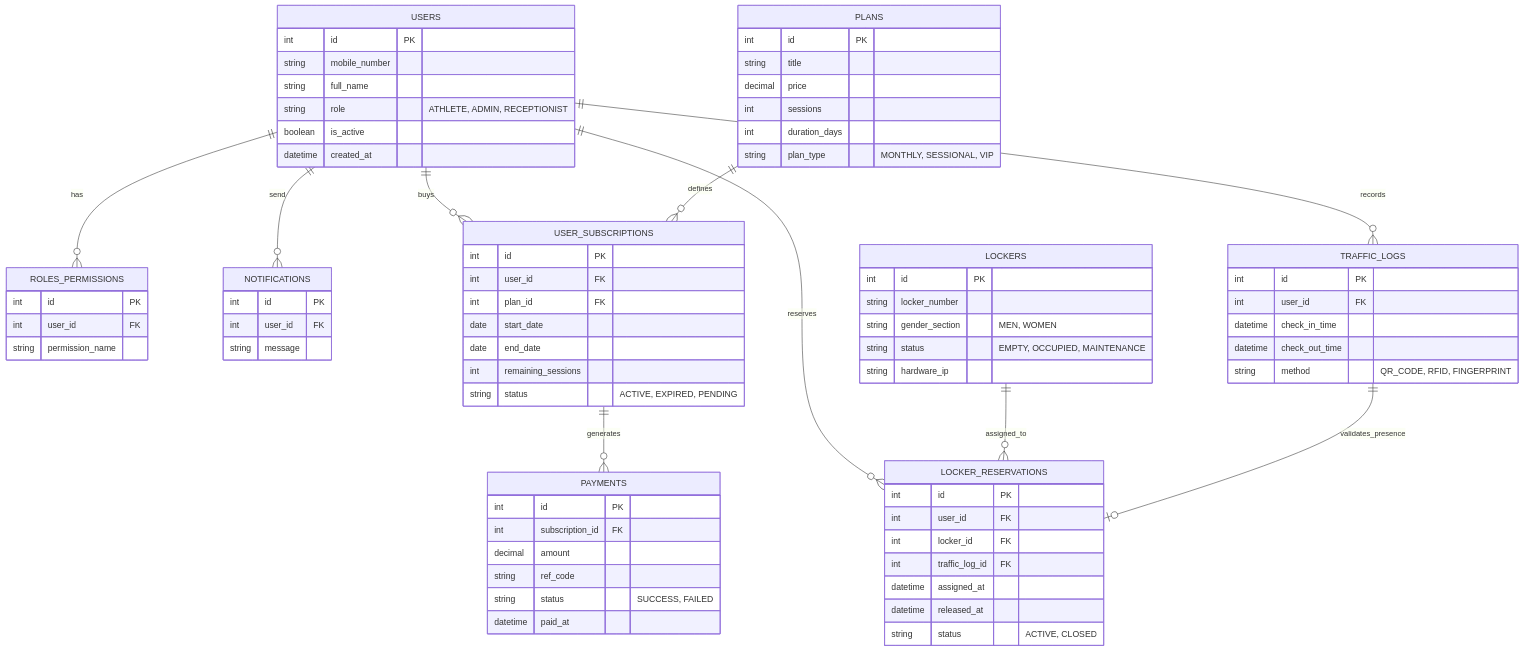
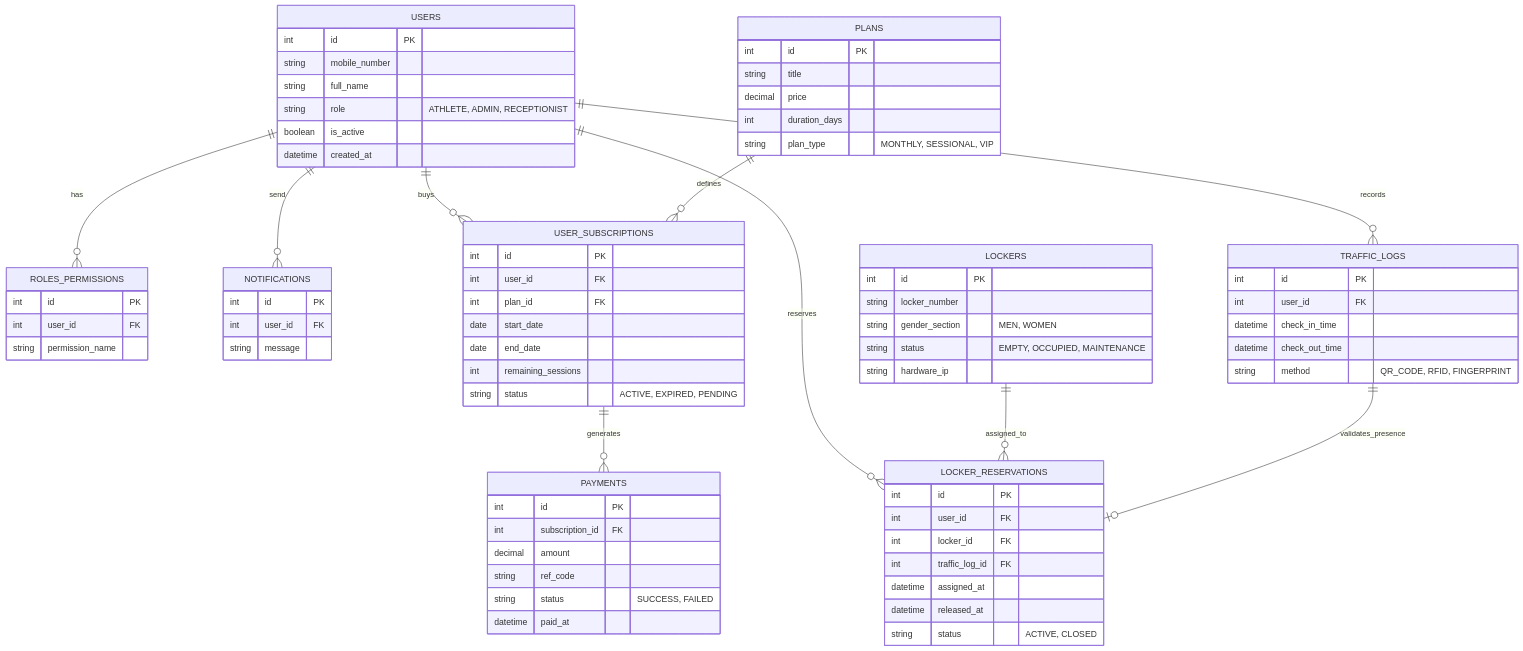
Before and after one commit to Ermiya-Rostamzade/GYM-Manager: the diagram in README.md, drawn with Mermaid. The commit also changed other lines of this file, not shown here.

```diff
--- a/README.md
+++ b/README.md
@@ -25,7 +27,6 @@
         int id PK
         string title
         decimal price
-        int sessions 
         int duration_days
         string plan_type "MONTHLY, SESSIONAL, VIP"
     }
```
